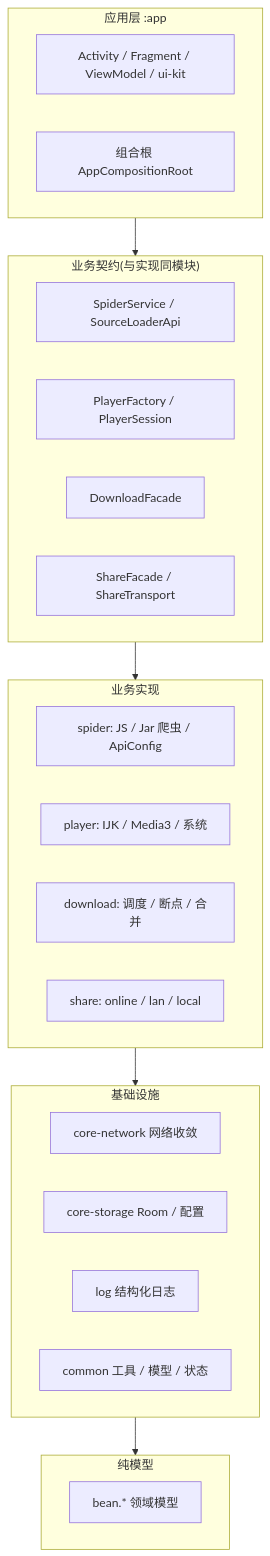
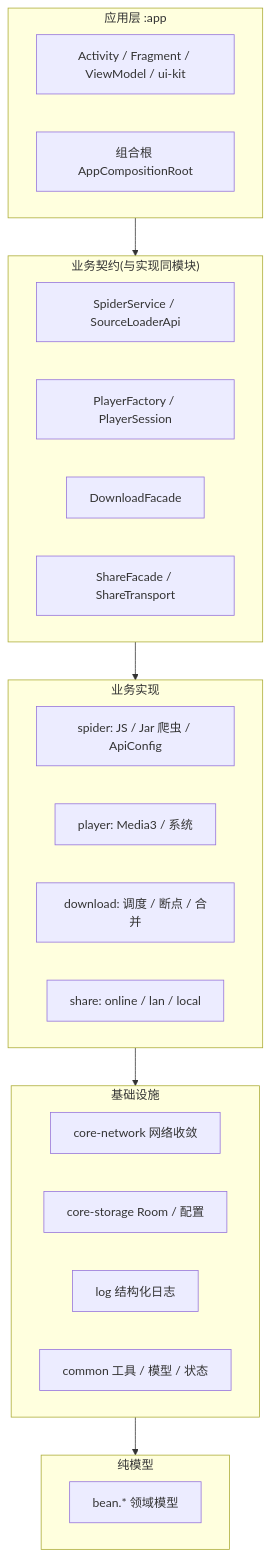
Before and after one commit to CNShanJu/MBox: the diagram in README.md, drawn with Mermaid. The commit also changed other lines of this file and 83 other files, not shown here.

````diff
--- a/README.md
+++ b/README.md
@@ -42,37 +43,37 @@
 ```mermaid
 flowchart TD
     subgraph UI["应用层 :app"]
         U1["Activity / Fragment / ViewModel / ui-kit"]
         U2["组合根 AppCompositionRoot"]
     end
 
     subgraph API["业务契约(与实现同模块)"]
         C1["SpiderService / SourceLoaderApi"]
         C2["PlayerFactory / PlayerSession"]
         C3["DownloadFacade"]
         C4["ShareFacade / ShareTransport"]
     end
 
     subgraph IMPL["业务实现"]
         I1["spider: JS / Jar 爬虫 / ApiConfig"]
-        I2["player: IJK / Media3 / 系统"]
+        I2["player: Media3 / 系统"]
         I3["download: 调度 / 断点 / 合并"]
         I4["share: online / lan / local"]
     end
 
     subgraph INFRA["基础设施"]
         N1["core-network 网络收敛"]
         N2["core-storage Room / 配置"]
         N3["log 结构化日志"]
         N4["common 工具 / 模型 / 状态"]
     end
 
     subgraph MODEL["纯模型"]
         M1["bean.* 领域模型"]
     end
 
     UI --> API
     API --> IMPL
     IMPL --> INFRA
     INFRA --> MODEL
 ```
````
